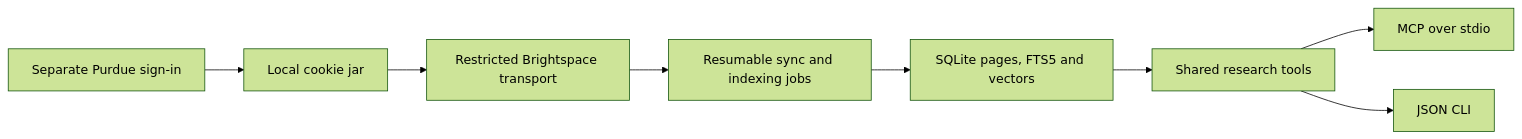
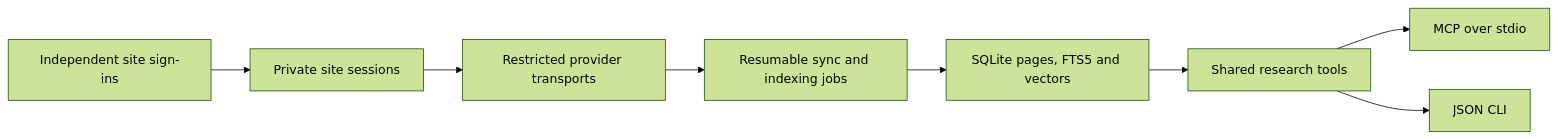
One commit to ltmerletti/BoilerSpace changed the diagram in mcp/README.md. Above: the diagram before and after it, drawn with Mermaid (forest theme). The commit also changed other lines of this file and 23 other files, not shown here.

````diff
--- a/mcp/README.md
+++ b/mcp/README.md
@@ -120,10 +150,10 @@
 ```mermaid
 flowchart LR
-  Login[Separate Purdue sign-in] --> Session[Local cookie jar]
-  Session --> Reader[Restricted Brightspace transport]
+  Login[Independent site sign-ins] --> Session[Private site sessions]
+  Session --> Reader[Restricted provider transports]
   Reader --> Jobs[Resumable sync and indexing jobs]
   Jobs --> Index[SQLite pages, FTS5 and vectors]
   Index --> Tools[Shared research tools]
   Tools --> MCP[MCP over stdio]
   Tools --> CLI[JSON CLI]
 ```
````
